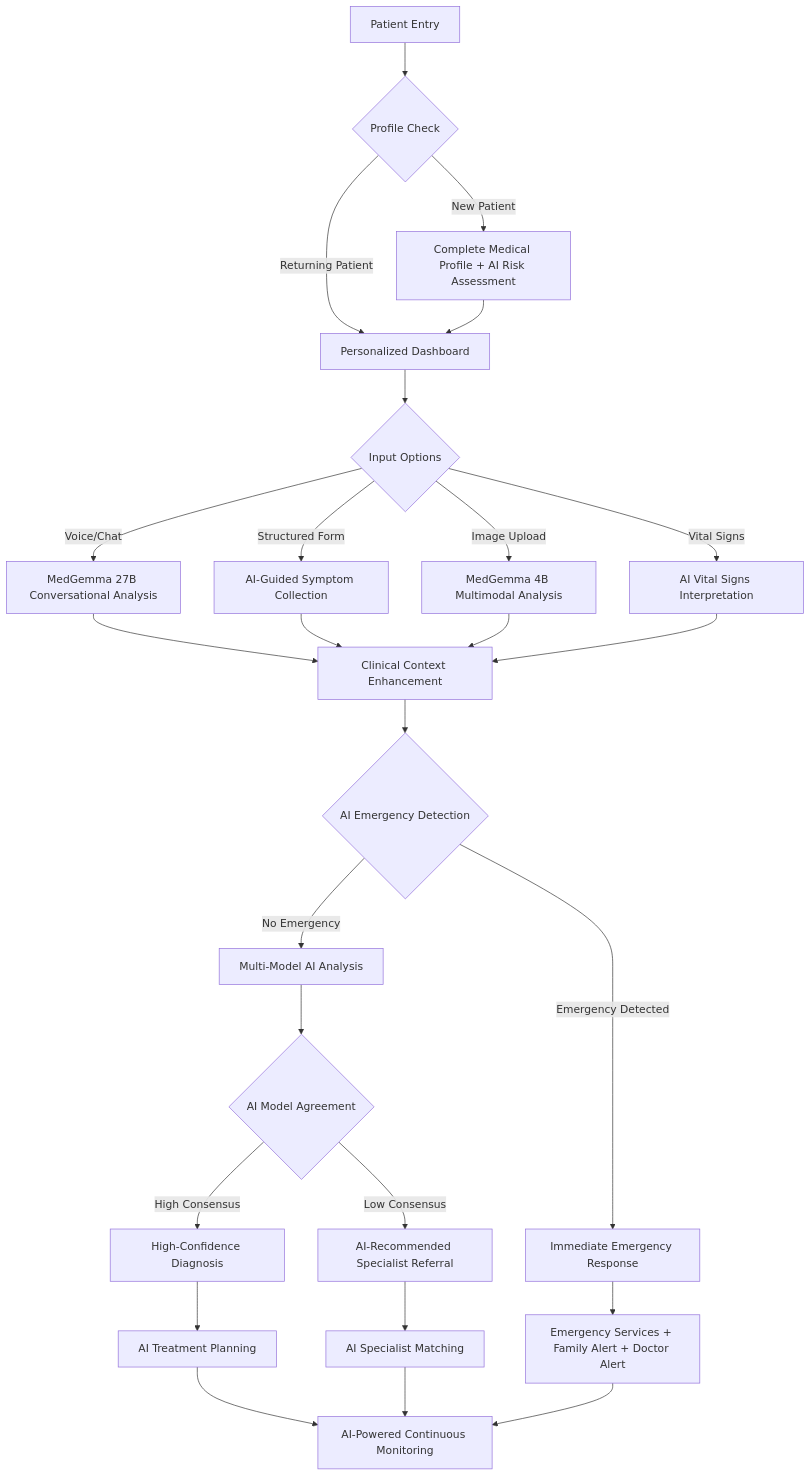
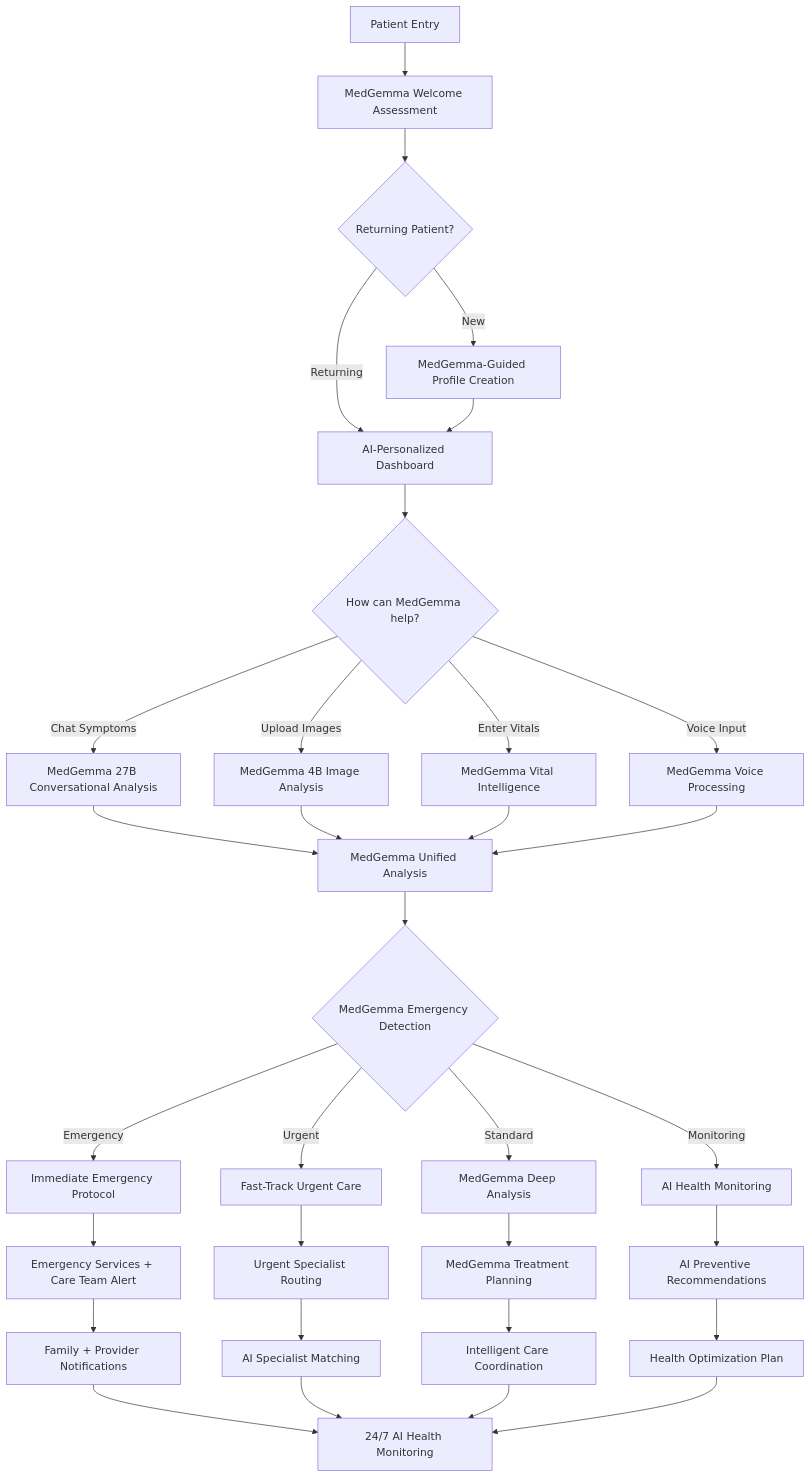
One commit to Assem-ElQersh/MedFlow-AI-Medical-Assistance-System changed the second of 7 diagrams in System diagrams/system_diagrams.md. Above: the diagram before and after it, drawn with Mermaid. The commit also changed other lines of this file, not shown here.

````diff
--- a/System diagrams/system_diagrams.md
+++ b/System diagrams/system_diagrams.md
@@ -74,35 +81,41 @@
 ```mermaid
 flowchart TD
-    Start[Patient Entry] --> Profile{Profile Check}
-    Profile -->|New Patient| Registration[Complete Medical Profile + AI Risk Assessment]
-    Profile -->|Returning Patient| Dashboard[Personalized Dashboard]
-    Registration --> Dashboard
+    Start[Patient Entry] --> Welcome[MedGemma Welcome Assessment]
+    Welcome --> ProfileCheck{Returning Patient?}
     
-    Dashboard --> InputMethod{Input Options}
-    InputMethod -->|Voice/Chat| AIChat[MedGemma 27B Conversational Analysis]
-    InputMethod -->|Structured Form| SmartForm[AI-Guided Symptom Collection]
-    InputMethod -->|Image Upload| MultiModal[MedGemma 4B Multimodal Analysis]
-    InputMethod -->|Vital Signs| VitalAI[AI Vital Signs Interpretation]
+    ProfileCheck -->|New| QuickProfile[MedGemma-Guided Profile Creation]
+    ProfileCheck -->|Returning| PersonalizedDash[AI-Personalized Dashboard]
+    QuickProfile --> PersonalizedDash
     
-    AIChat --> Enhancement[Clinical Context Enhancement]
-    SmartForm --> Enhancement
-    MultiModal --> Enhancement
-    VitalAI --> Enhancement
+    PersonalizedDash --> InputChoice{How can MedGemma help?}
+    InputChoice -->|Chat Symptoms| ChatFlow[MedGemma 27B Conversational Analysis]
+    InputChoice -->|Upload Images| ImageFlow[MedGemma 4B Image Analysis]
+    InputChoice -->|Enter Vitals| VitalFlow[MedGemma Vital Intelligence]
+    InputChoice -->|Voice Input| VoiceFlow[MedGemma Voice Processing]
     
-    Enhancement --> EmergencyCheck{AI Emergency Detection}
-    EmergencyCheck -->|Emergency Detected| EmergencyProtocol[Immediate Emergency Response]
-    EmergencyCheck -->|No Emergency| ComprehensiveAnalysis[Multi-Model AI Analysis]
+    ChatFlow --> UnifiedAnalysis[MedGemma Unified Analysis]
+    ImageFlow --> UnifiedAnalysis
+    VitalFlow --> UnifiedAnalysis
+    VoiceFlow --> UnifiedAnalysis
     
-    EmergencyProtocol --> EmergencyActions[Emergency Services + Family Alert + Doctor Alert]
+    UnifiedAnalysis --> EmergencyCheck{MedGemma Emergency Detection}
+    EmergencyCheck -->|Emergency| EmergencyResponse[Immediate Emergency Protocol]
+    EmergencyCheck -->|Urgent| UrgentCare[Fast-Track Urgent Care]
+    EmergencyCheck -->|Standard| ComprehensiveAnalysis[MedGemma Deep Analysis]
+    EmergencyCheck -->|Monitoring| ContinuousWatch[AI Health Monitoring]
     
-    ComprehensiveAnalysis --> ModelConsensus{AI Model Agreement}
-    ModelConsensus -->|High Consensus| ConfidentDiagnosis[High-Confidence Diagnosis]
-    ModelConsensus -->|Low Consensus| SpecialistReferral[AI-Recommended Specialist Referral]
+    EmergencyResponse --> EmergencyActions[Emergency Services + Care Team Alert]
+    UrgentCare --> UrgentRouting[Urgent Specialist Routing]
+    ComprehensiveAnalysis --> TreatmentPlanning[MedGemma Treatment Planning]
+    ContinuousWatch --> PreventiveCare[AI Preventive Recommendations]
     
-    ConfidentDiagnosis --> TreatmentPlanning[AI Treatment Planning]
-    SpecialistReferral --> SpecialistMatching[AI Specialist Matching]
+    EmergencyActions --> FamilyAlert[Family + Provider Notifications]
+    UrgentRouting --> SpecialistMatching[AI Specialist Matching]
+    TreatmentPlanning --> CareCoordination[Intelligent Care Coordination]
+    PreventiveCare --> HealthOptimization[Health Optimization Plan]
     
-    TreatmentPlanning --> ContinuousMonitoring[AI-Powered Continuous Monitoring]
+    FamilyAlert --> ContinuousMonitoring[24/7 AI Health Monitoring]
     SpecialistMatching --> ContinuousMonitoring
-    EmergencyActions --> ContinuousMonitoring
+    CareCoordination --> ContinuousMonitoring
+    HealthOptimization --> ContinuousMonitoring
 ```
````
